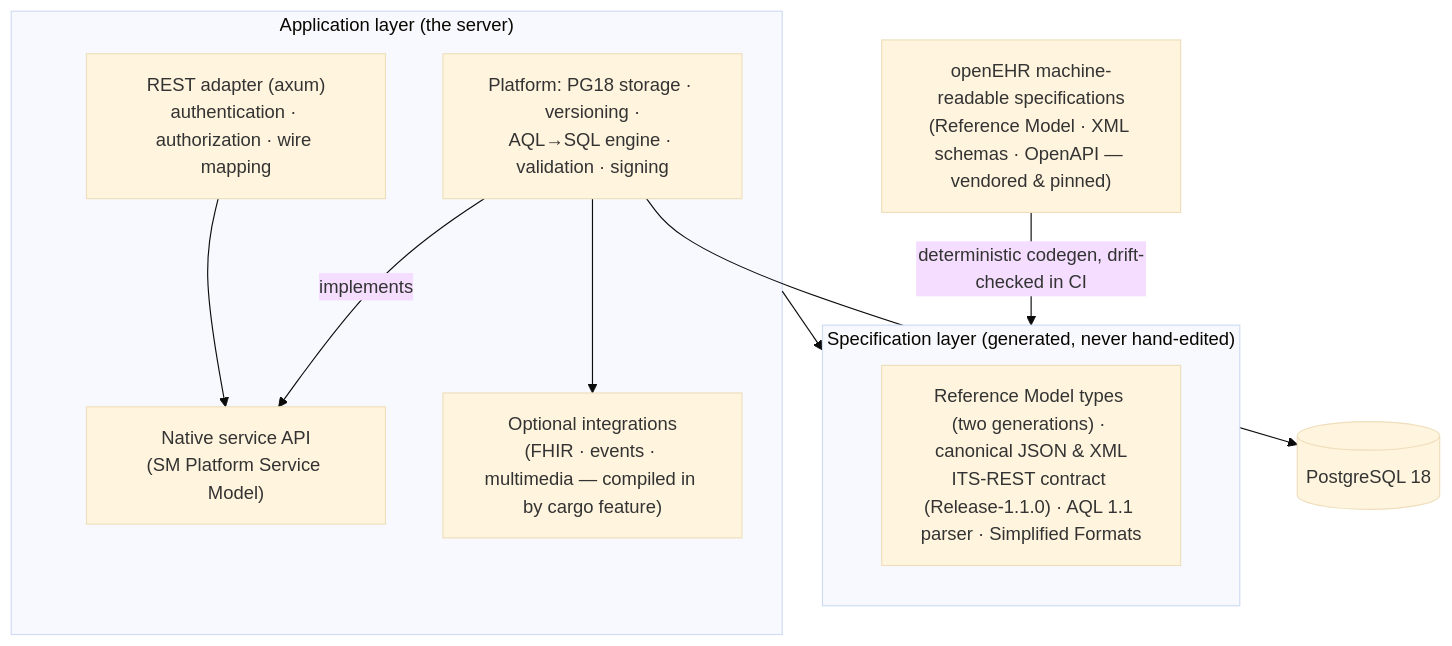
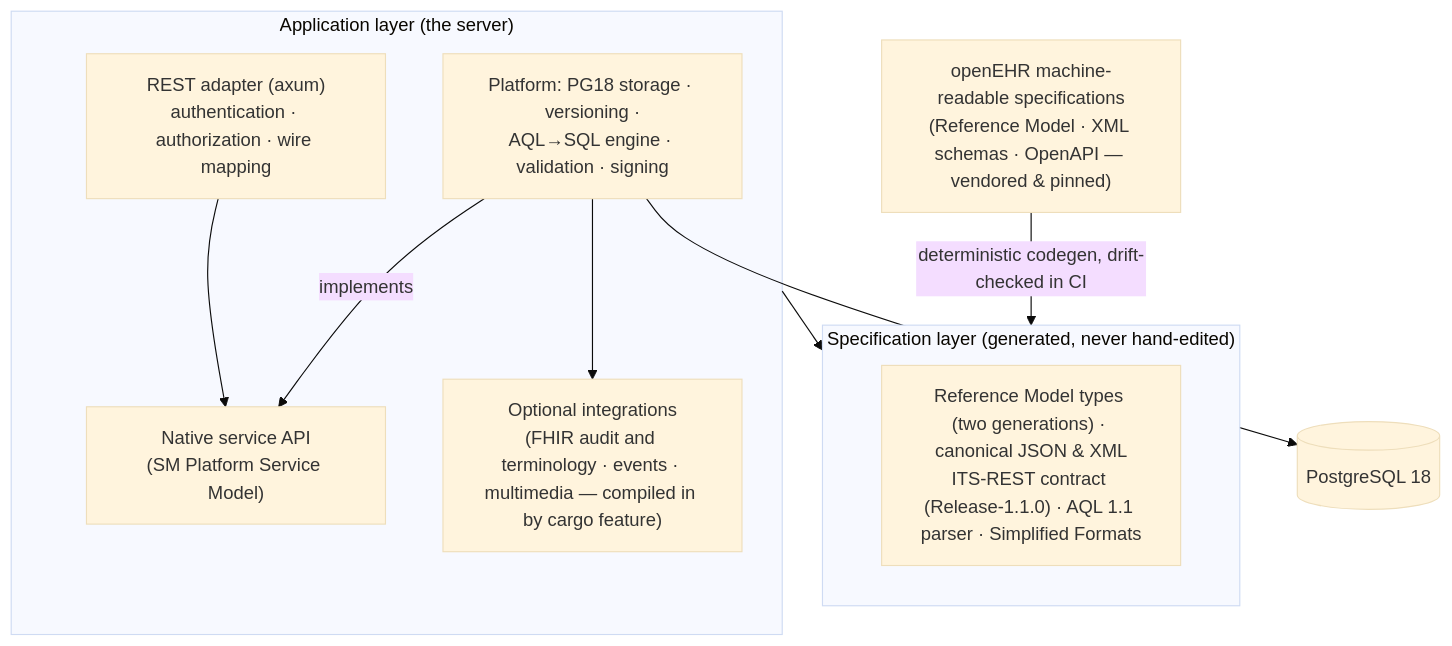
Before and after one commit to FerroHEALTH/FerroEHR: the first of 2 diagrams in website/book/src/concepts/architecture.md, drawn with Mermaid (base theme). The commit also changed other lines of this file and 149 other files, not shown here.

First line of the commit message:
feat(ext)!: retire the in-tree FHIR connector in favour of FerroBRIDGE (#3702)

````diff
--- a/website/book/src/concepts/architecture.md
+++ b/website/book/src/concepts/architecture.md
@@ -15,24 +15,24 @@
 ```mermaid
 flowchart TB
     specs["openEHR machine-readable specifications<br/>(Reference Model · XML schemas · OpenAPI — vendored &amp; pinned)"]
 
     subgraph gen ["Specification layer (generated, never hand-edited)"]
         types["Reference Model types (two generations) · canonical JSON &amp; XML<br/>ITS-REST contract (Release-1.1.0) · AQL 1.1 parser · Simplified Formats"]
     end
 
     subgraph app ["Application layer (the server)"]
         rest["REST adapter (axum)<br/>authentication · authorization · wire mapping"]
         sm["Native service API<br/>(SM Platform Service Model)"]
         core["Platform: PG18 storage · versioning ·<br/>AQL→SQL engine · validation · signing"]
-        ext["Optional integrations<br/>(FHIR · events · multimedia — compiled in by cargo feature)"]
+        ext["Optional integrations<br/>(FHIR audit and terminology · events · multimedia — compiled in by cargo feature)"]
     end
 
     db[("PostgreSQL 18")]
 
     specs -->|deterministic codegen, drift-checked in CI| gen
     rest --> sm
     core -->|implements| sm
     core --> ext
     app --> gen
     core --> db
 ```
````
